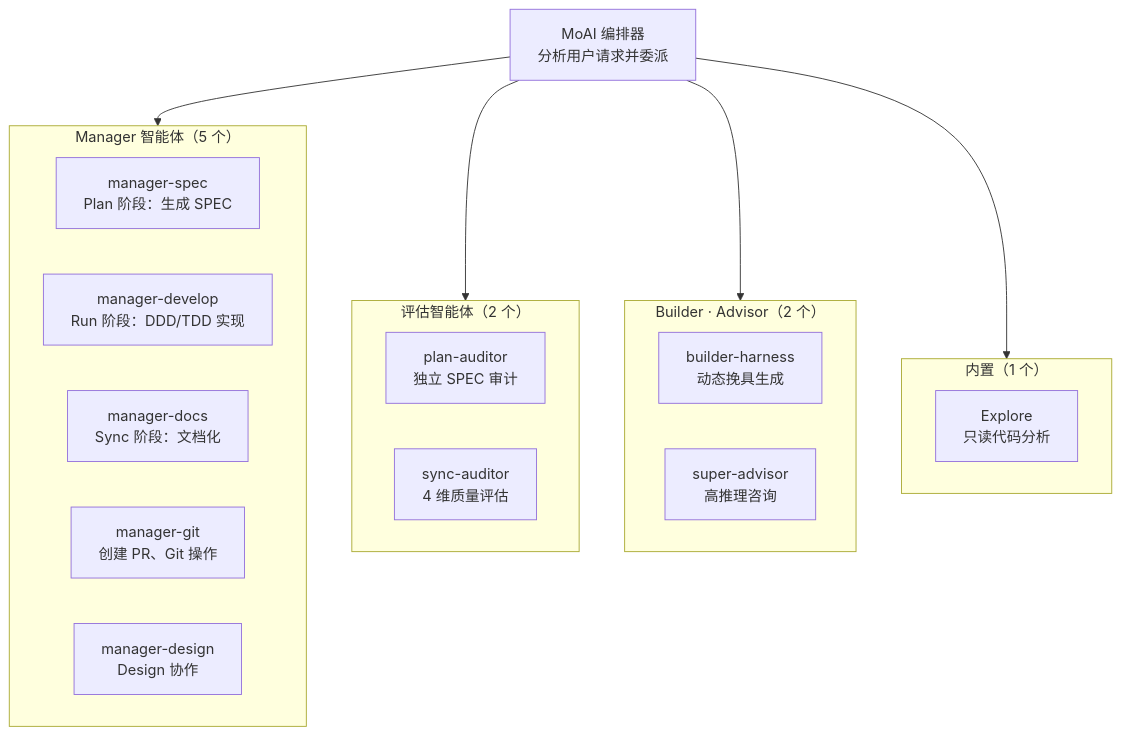
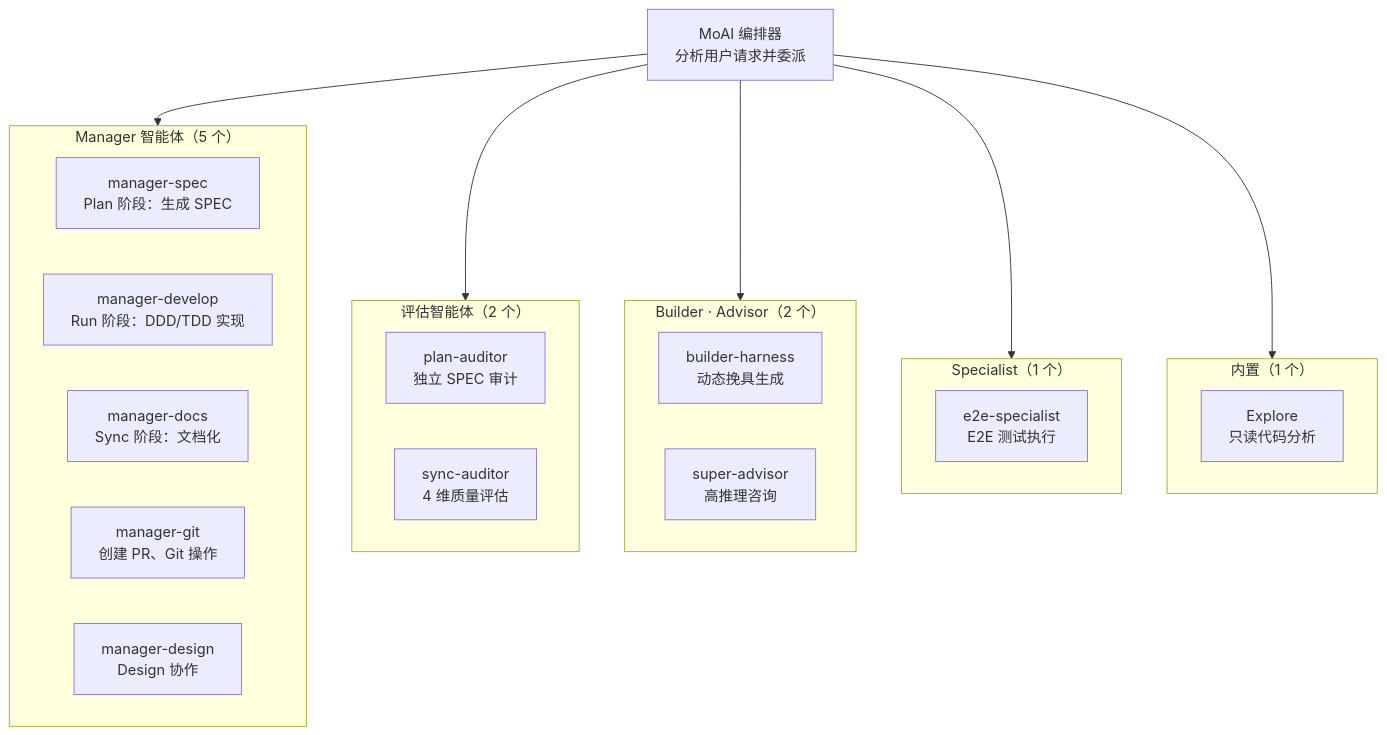
Before and after one commit to modu-ai/moai-adk: the third of 5 diagrams in docs-site/content/zh/core-concepts/what-is-moai-adk.md, drawn with Mermaid. The commit also changed other lines of this file and 40 other files, not shown here.

````diff
--- a/docs-site/content/zh/core-concepts/what-is-moai-adk.md
+++ b/docs-site/content/zh/core-concepts/what-is-moai-adk.md
@@ -274,31 +275,36 @@
 ```mermaid
 flowchart TD
     MoAI["MoAI 编排器\n分析用户请求并委派"]
 
     subgraph Managers["Manager 智能体（5 个）"]
         M1["manager-spec\nPlan 阶段：生成 SPEC"]
         M2["manager-develop\nRun 阶段：DDD/TDD 实现"]
         M3["manager-docs\nSync 阶段：文档化"]
         M4["manager-git\n创建 PR、Git 操作"]
         M5["manager-design\nDesign 协作"]
     end
 
     subgraph Evaluators["评估智能体（2 个）"]
         E1["plan-auditor\n独立 SPEC 审计"]
         E2["sync-auditor\n4 维质量评估"]
     end
 
     subgraph BuilderAdvisor["Builder · Advisor（2 个）"]
         B1["builder-harness\n动态挽具生成"]
         B2["super-advisor\n高推理咨询"]
     end
 
+    subgraph Specialist["Specialist（1 个）"]
+        S1["e2e-specialist\nE2E 测试执行"]
+    end
+
     subgraph Explore["内置（1 个）"]
         X1["Explore\n只读代码分析"]
     end
 
     MoAI --> Managers
     MoAI --> Evaluators
     MoAI --> BuilderAdvisor
+    MoAI --> Specialist
     MoAI --> Explore
 ```
````
